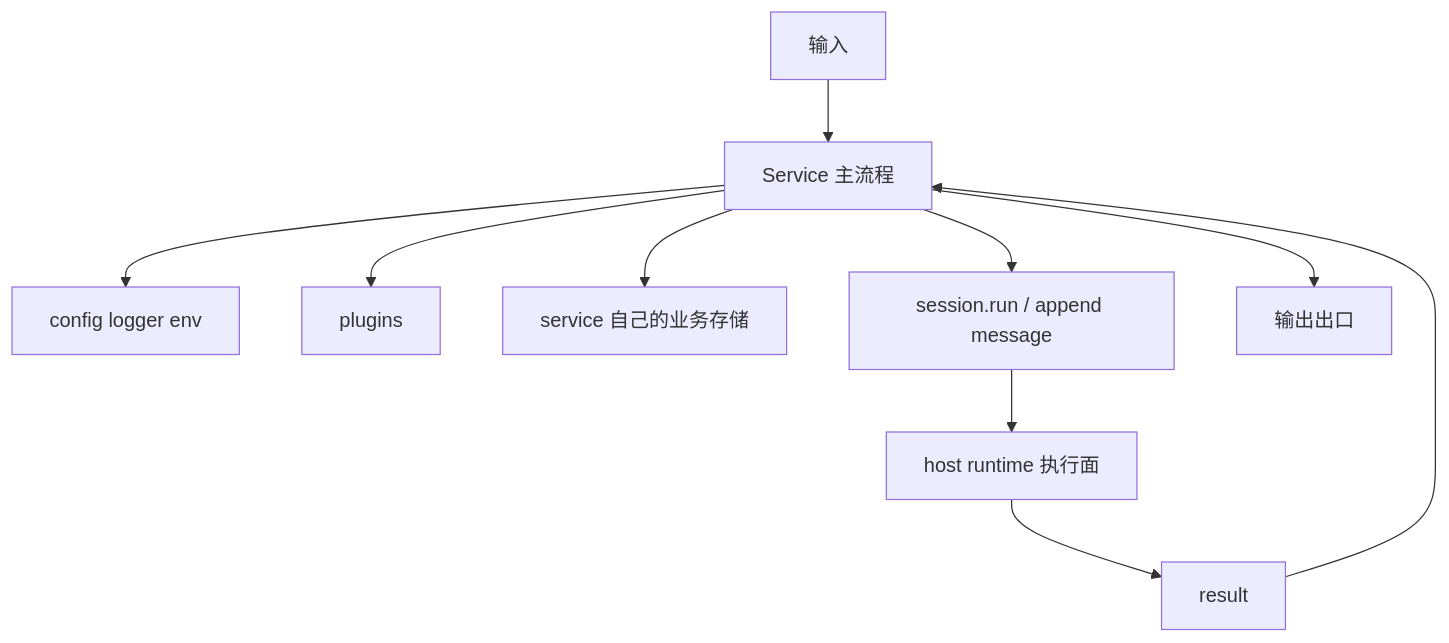
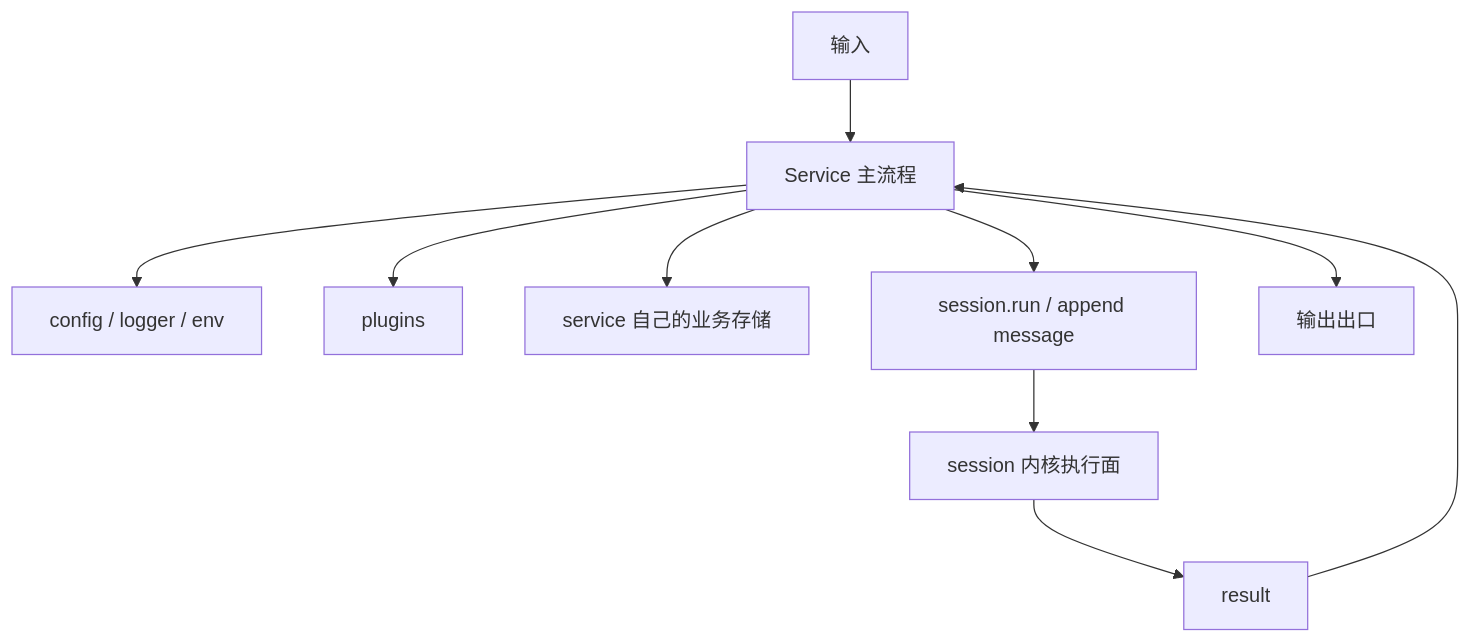
One commit to wangenius/downcity changed the second of 2 diagrams in homepage/content/devdocs/zh/services/service-design-logic.mdx. Above: the diagram before and after it, drawn with Mermaid. The commit also changed other lines of this file and 37 other files, not shown here.

````diff
--- a/homepage/content/devdocs/zh/services/service-design-logic.mdx
+++ b/homepage/content/devdocs/zh/services/service-design-logic.mdx
@@ -229,12 +192,12 @@
 ```mermaid
 flowchart TD
   IN["输入"] --> S["Service 主流程"]
-  S --> CFG["config logger env"]
+  S --> CFG["config / logger / env"]
   S --> PLUG["plugins"]
   S --> SELF["service 自己的业务存储"]
   S --> SES["session.run / append message"]
-  SES --> HOST["host runtime 执行面"]
+  SES --> HOST["session 内核执行面"]
   HOST --> RES["result"]
   RES --> S
   S --> OUT["输出出口"]
 ```
````
